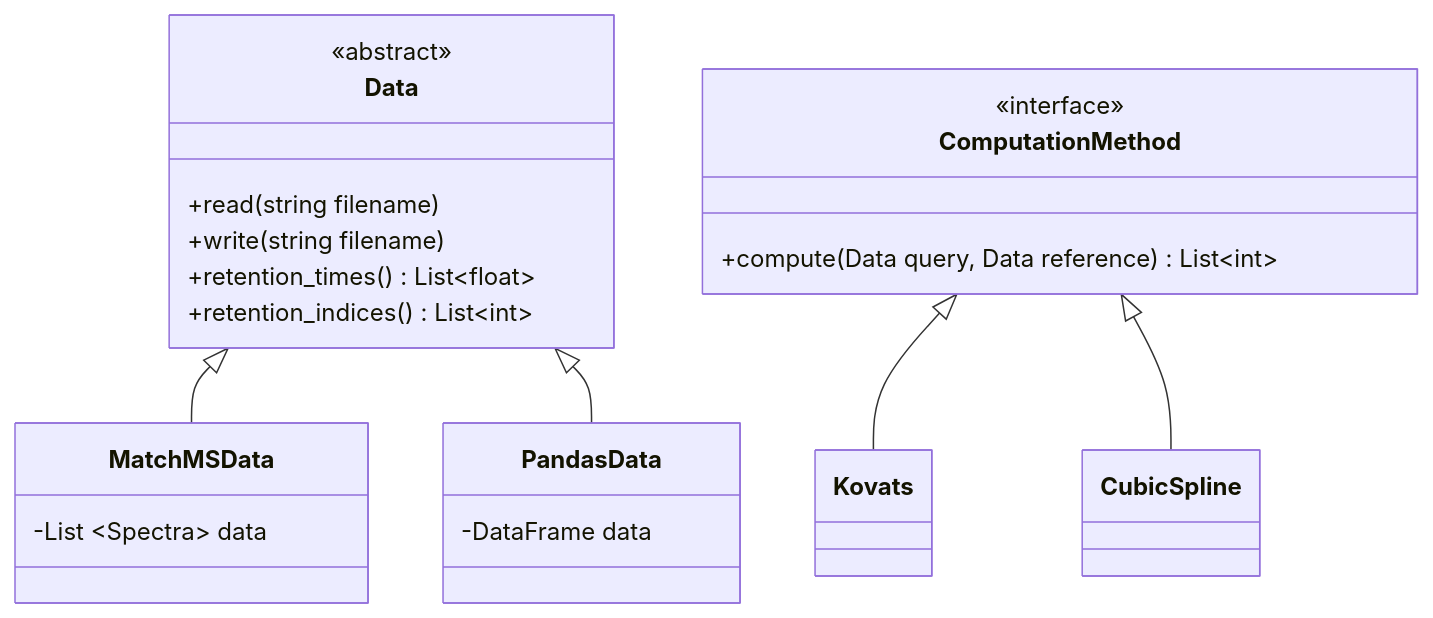
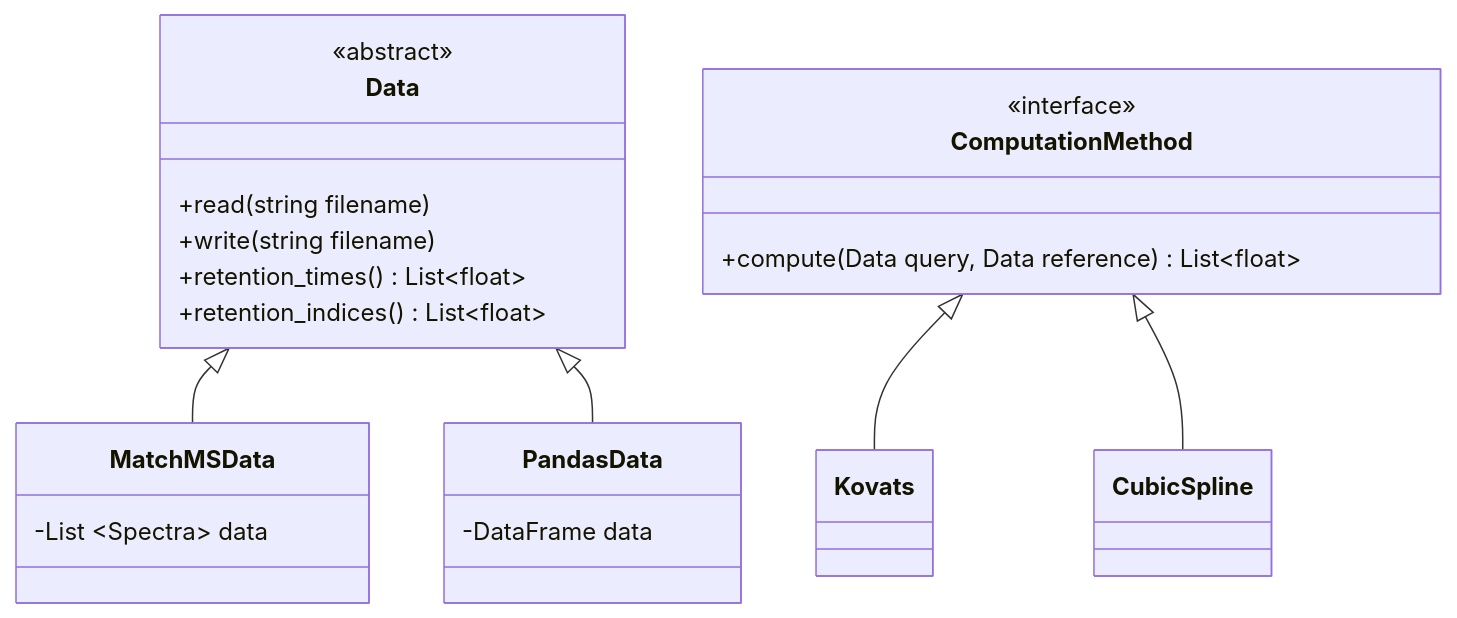
One commit to RECETOX/RIAssigner changed the diagram in README.md. Above: the diagram before and after it, drawn with Mermaid.

Commit message:
updated class diagram datatypes

````diff
--- a/README.md
+++ b/README.md
@@ -50,39 +50,39 @@
 ```mermaid
 classDiagram
     class MatchMSData{
         -List ~Spectra~ data
     }
 
     class PandasData {
         -DataFrame data
     }
 
     Data <|-- MatchMSData
     Data <|-- PandasData
 
     class Data{
         <<abstract>>
         +read(string filename)
         +write(string filename)
         +retention_times() List~float~
-        +retention_indices() List~int~
+        +retention_indices() List~float~
     }
 
 
     class ComputationMethod{
         <<interface>>
-        +compute(Data query, Data reference) List~int~
+        +compute(Data query, Data reference) List~float~
 
     }
 
     class Kovats {
 
     }
     class CubicSpline {
 
     }
 
     ComputationMethod <|-- Kovats
     ComputationMethod <|-- CubicSpline
 
 ```
````
